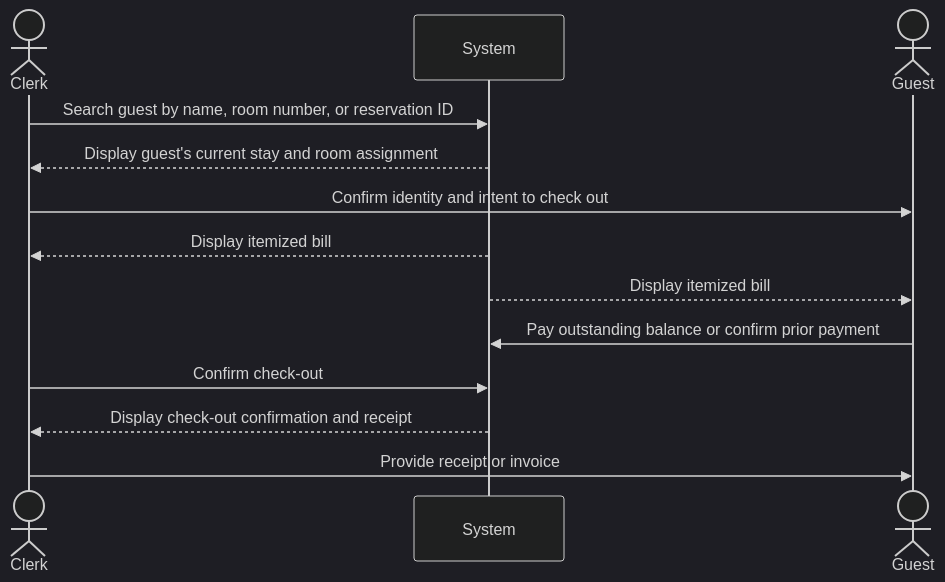
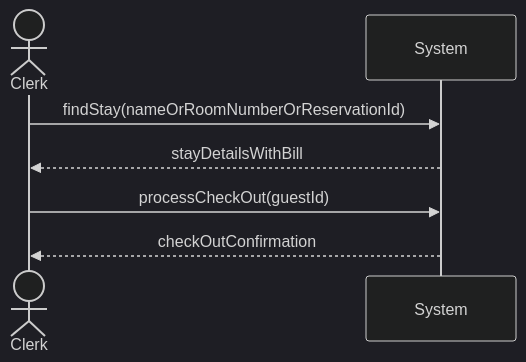
One commit to JaceYar/Software1-Proj changed the diagram in Documentation/User-Cases/ProcessCheckOut.md. Above: the diagram before and after it, drawn with Mermaid (dark theme). The commit also changed 18 other files, not shown here.

````diff
--- a/Documentation/User-Cases/ProcessCheckOut.md
+++ b/Documentation/User-Cases/ProcessCheckOut.md
@@ -11,16 +11,10 @@
 ```mermaid
 sequenceDiagram
     actor Clerk
     participant System
-    actor Guest
 
-    Clerk->>System: Search guest by name, room number, or reservation ID
-    System-->>Clerk: Display guest's current stay and room assignment
-    Clerk->>Guest: Confirm identity and intent to check out
-    System-->>Clerk: Display itemized bill
-    System-->>Guest: Display itemized bill
-    Guest->>System: Pay outstanding balance or confirm prior payment
-    Clerk->>System: Confirm check-out
-    System-->>Clerk: Display check-out confirmation and receipt
-    Clerk->>Guest: Provide receipt or invoice
+    Clerk->>System: findStay(nameOrRoomNumberOrReservationId)
+    System-->>Clerk: stayDetailsWithBill
+    Clerk->>System: processCheckOut(guestId)
+    System-->>Clerk: checkOutConfirmation
 ```
````
